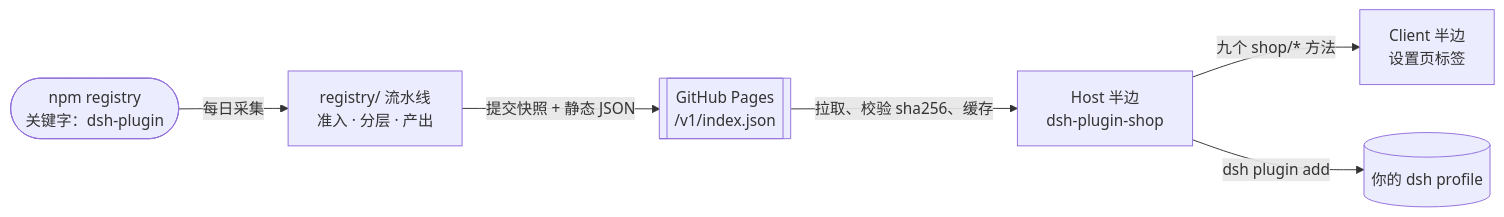
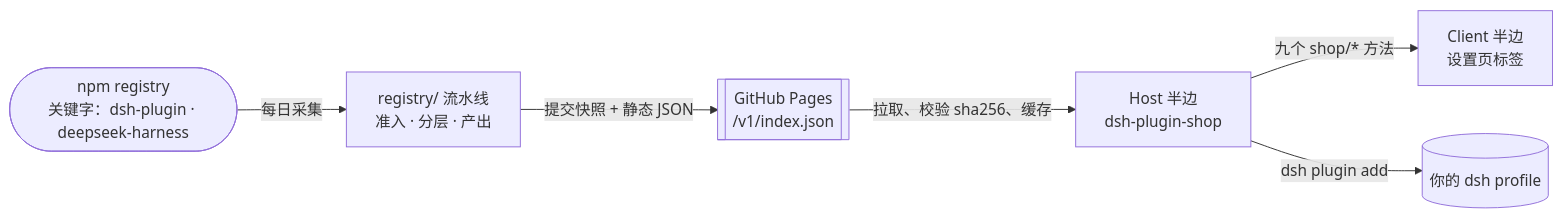
Before and after one commit to LivXue/dsh-plugin-shop: the diagram in README.zh.md, drawn with Mermaid. The commit also changed other lines of this file and 10 other files, not shown here.

First line of the commit message:
feat(registry): harvest the deepseek-harness keyword alongside dsh-plugin

````diff
--- a/README.zh.md
+++ b/README.zh.md
@@ -38,8 +38,8 @@
 ```mermaid
 flowchart LR
-  npm(["npm registry<br/>关键字：dsh-plugin"]) -->|每日采集| build["registry/ 流水线<br/>准入 · 分层 · 产出"]
+  npm(["npm registry<br/>关键字：dsh-plugin · deepseek-harness"]) -->|每日采集| build["registry/ 流水线<br/>准入 · 分层 · 产出"]
   build -->|提交快照 + 静态 JSON| pages[["GitHub Pages<br/>/v1/index.json"]]
   pages -->|拉取、校验 sha256、缓存| host["Host 半边<br/>dsh-plugin-shop"]
   host -->|九个 shop/* 方法| client["Client 半边<br/>设置页标签"]
   host -->|dsh plugin add| profile[("你的 dsh profile")]
 ```
````
